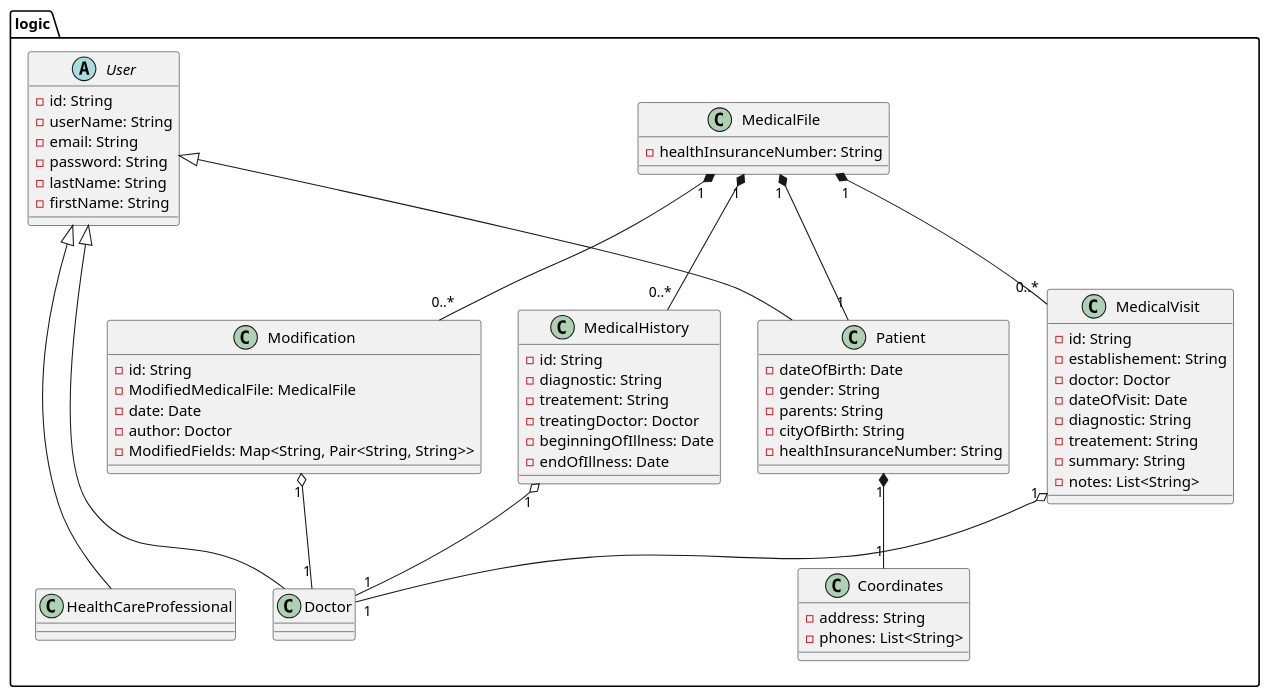
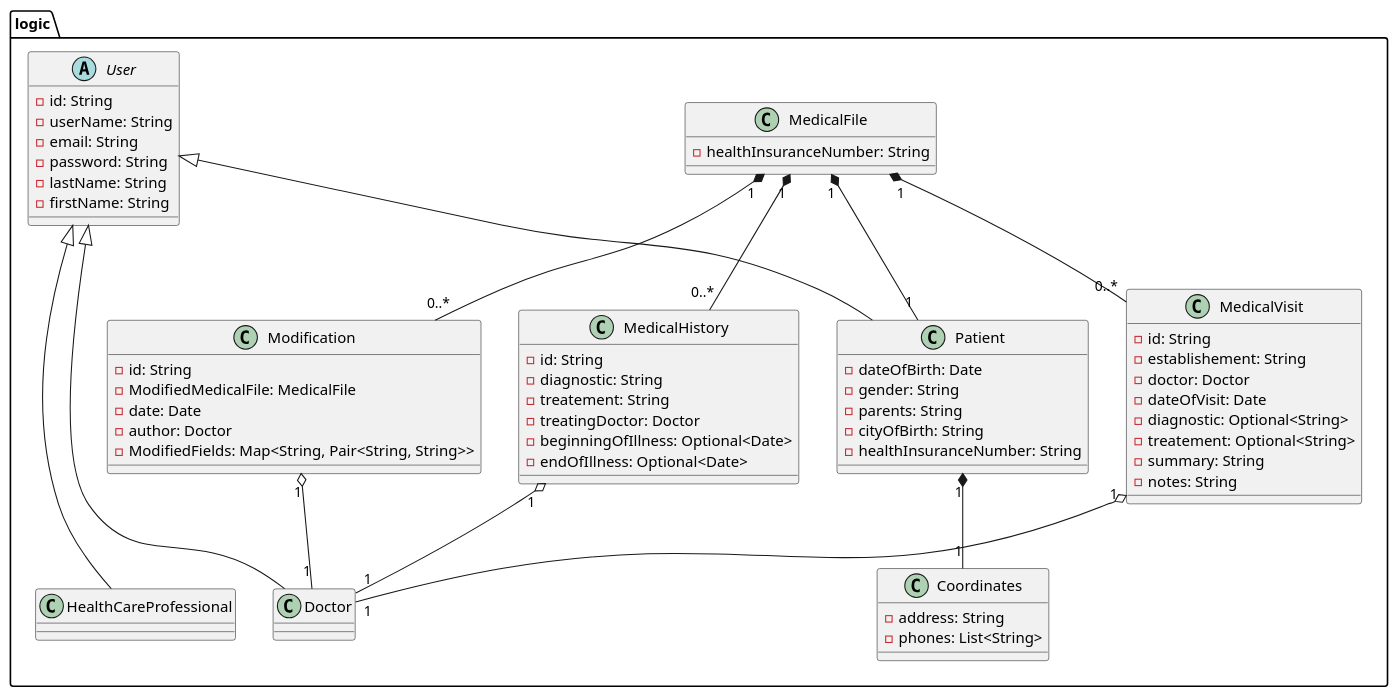
Before and after one commit to KevenJAntenor/Quebec-Centralized-Medical-Record-System: the diagram in plantUml/class-logic.puml, drawn with PlantUML.

Commit message:
diagram: Add Optional type for optional fields. Notes as a single string

```diff
--- a/plantUml/class-logic.puml
+++ b/plantUml/class-logic.puml
@@ -1,85 +1,85 @@
 @startuml
 
 package "logic"{
 
 ' User is abstract class
   abstract class User {
     -id: String
     -userName: String
     -email: String
     -password: String
     -lastName: String
     -firstName: String
   }
 together{
   class Patient extends User {
     -dateOfBirth: Date
     -gender: String
     -parents: String
     -cityOfBirth: String
     -healthInsuranceNumber: String
   }
 
 
   class Coordinates {
     -address: String
     -phones: List<String>
   }
 
   class MedicalFile {
     -healthInsuranceNumber: String
   }
 
   class MedicalHistory {
     -id: String
     -diagnostic: String
     -treatement: String
     -treatingDoctor: Doctor
-    -beginningOfIllness: Date
-    -endOfIllness: Date
+    -beginningOfIllness: Optional<Date>
+    -endOfIllness: Optional<Date>
   }
 
   class MedicalVisit {
     -id: String
     -establishement: String
     -doctor: Doctor
     -dateOfVisit: Date
-    -diagnostic: String
-    -treatement: String
+    -diagnostic: Optional<String>
+    -treatement: Optional<String>
     -summary: String
-    -notes: List<String>
+    -notes: String
   }
 }
 
 together{
   class Doctor extends User {
   }
 
   class HealthCareProfessional extends User {
   }
 }
 
   class Modification {
     -id: String
     -ModifiedMedicalFile: MedicalFile
     -date: Date
     -author: Doctor
     -ModifiedFields: Map<String, Pair<String, String>>
   }
 }
 
 
 Patient "1" *-- "1" Coordinates
 
 MedicalFile "1" *-- "1" Patient
 MedicalFile "1" *-- "0..*" MedicalVisit
 MedicalFile "1" *-- "0..*" MedicalHistory
 
 MedicalVisit "1" o-- "1" Doctor
 MedicalHistory "1" o-- "1" Doctor
 Modification "1" o-- "1" Doctor
 
 MedicalFile "1" *-- "0..*" Modification
 
 
 @enduml
```
